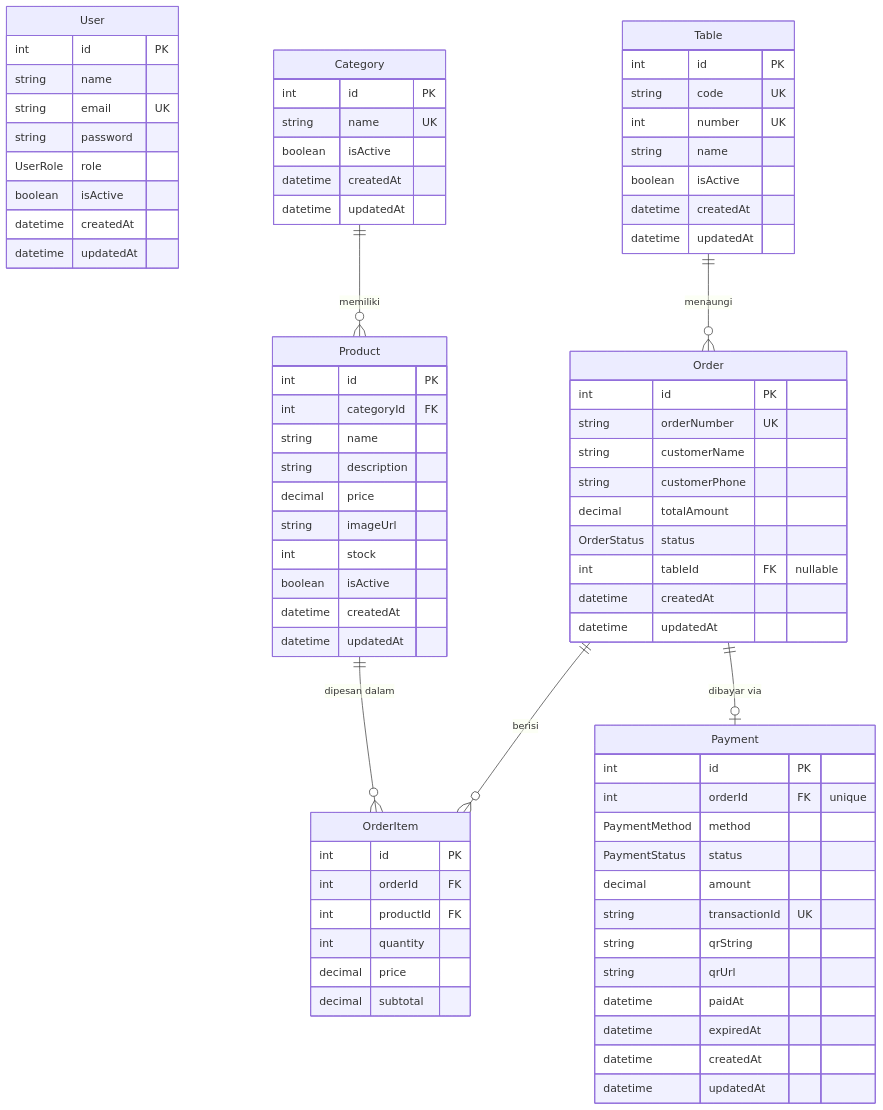
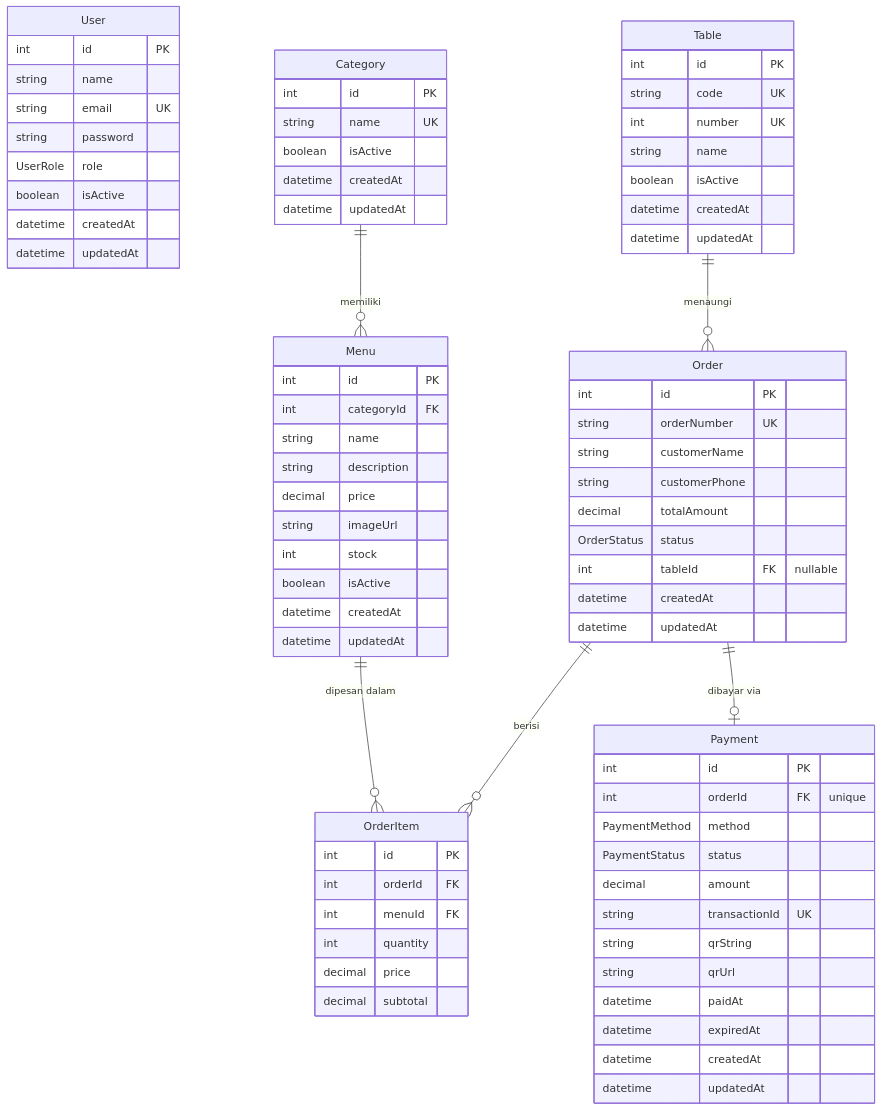
The diagram in docs/database.md (zidanabbas/API-NestJS), drawn with Mermaid before and after one commit. The commit also changed other lines of this file and 31 other files, not shown here.

First line of the commit message:
refactor: rename Product module to Menu and update related references

```diff
--- a/docs/database.md
+++ b/docs/database.md
@@ -25,7 +25,7 @@
         datetime updatedAt
     }
 
-    Product {
+    Menu {
         int id PK
         int categoryId FK
         string name
@@ -53,7 +53,7 @@
     OrderItem {
         int id PK
         int orderId FK
-        int productId FK
+        int menuId FK
         int quantity
         decimal price
         decimal subtotal
@@ -84,8 +84,8 @@
         datetime updatedAt
     }
 
-    Category ||--o{ Product : "memiliki"
-    Product  ||--o{ OrderItem : "dipesan dalam"
+    Category ||--o{ Menu : "memiliki"
+    Menu     ||--o{ OrderItem : "dipesan dalam"
     Order    ||--o{ OrderItem : "berisi"
     Order    ||--o| Payment : "dibayar via"
     Table    ||--o{ Order : "menaungi"
```
